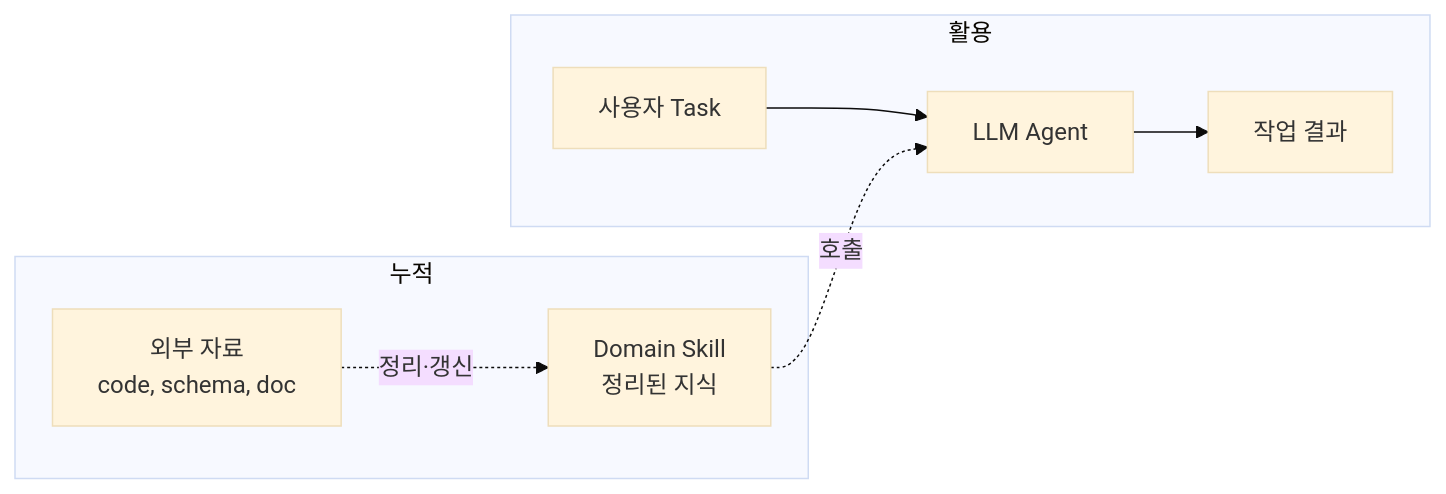
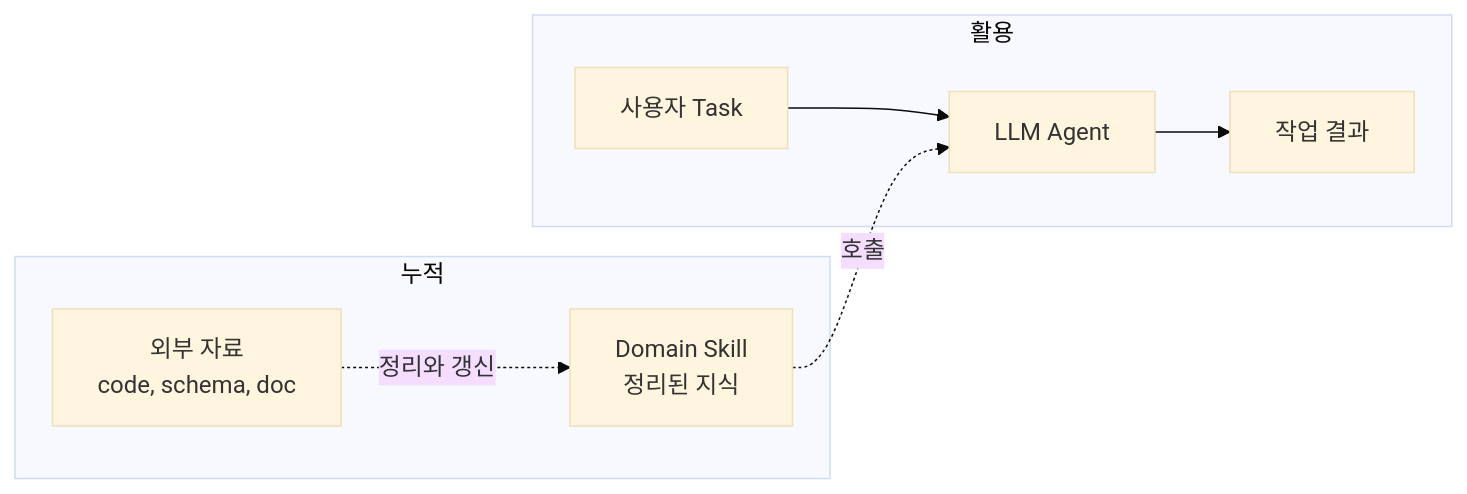
Before and after one commit to choesimin/choesimin.github.io: the first of 3 diagrams in collections/_notes/ai/llm-wiki/as-domain-skill.md, drawn with Mermaid (base theme). The commit also changed other lines of this file, not shown here.

````diff
--- a/collections/_notes/ai/llm-wiki/as-domain-skill.md
+++ b/collections/_notes/ai/llm-wiki/as-domain-skill.md
@@ -16,18 +16,18 @@
 ```mermaid
 graph LR
     subgraph accumulate["누적"]
         external[외부 자료<br>code, schema, doc]
         skill[Domain Skill<br>정리된 지식]
-        external -.정리·갱신.-> skill
+        external -.정리와 갱신.-> skill
     end
 
     subgraph use["활용"]
         user[사용자 Task]
         agent[LLM Agent]
         output[작업 결과]
         user --> agent
         agent --> output
     end
 
     skill -.호출.-> agent
 ```
````
